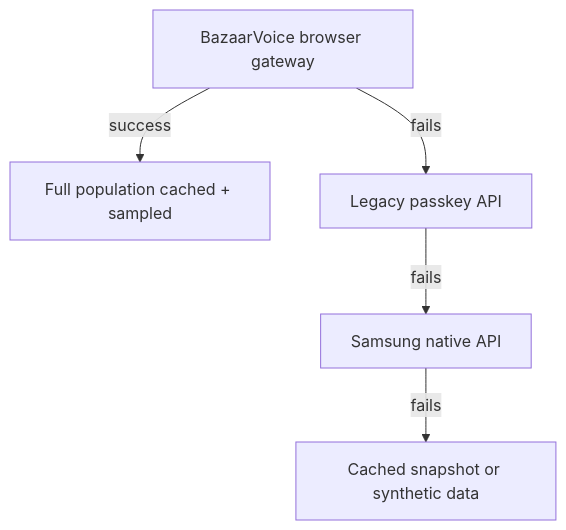
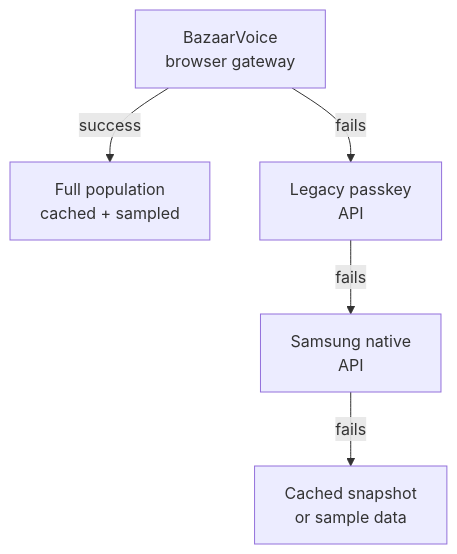
One commit to dianakang/voc-intelligence-platform changed the second of 4 diagrams in README.md. Above: the diagram before and after it, drawn with Mermaid. The commit also changed other lines of this file, not shown here.

First line of the commit message:
Force explicit line breaks in diagram nodes to stop text clipping on GitHub

````diff
--- a/README.md
+++ b/README.md
@@ -40,7 +40,7 @@
 ```mermaid
 flowchart TD
-    R1[BazaarVoice browser gateway] -->|success| R5[Full population cached + sampled]
-    R1 -->|fails| R2[Legacy passkey API]
-    R2 -->|fails| R3[Samsung native API]
-    R3 -->|fails| R4[Cached snapshot or synthetic data]
+    R1["BazaarVoice<br/>browser gateway"] -->|success| R5["Full population<br/>cached + sampled"]
+    R1 -->|fails| R2["Legacy passkey<br/>API"]
+    R2 -->|fails| R3["Samsung native<br/>API"]
+    R3 -->|fails| R4["Cached snapshot<br/>or sample data"]
 ```
````
